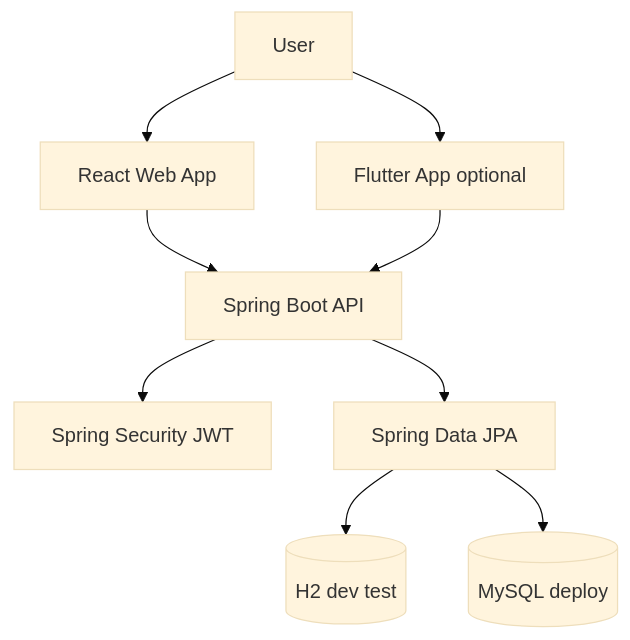
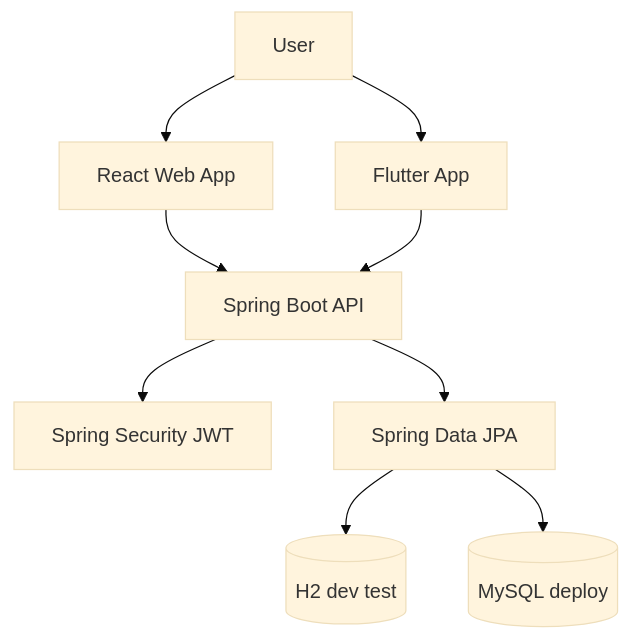
The diagram in docs/architecture.md (PaulUno777/cova-task-manager), drawn with Mermaid (base theme) before and after one commit. The commit also changed other lines of this file and 103 other files, not shown here.

First line of the commit message:
feat(mobile): add Flutter mobile client (Étape 3 bonus)

````diff
--- a/docs/architecture.md
+++ b/docs/architecture.md
@@ -39,20 +40,20 @@
 ```mermaid
 flowchart TB
   User[User]
   Web[React Web App]
-  Mobile[Flutter App optional]
+  Mobile[Flutter App]
   API[Spring Boot API]
   Sec[Spring Security JWT]
   JPA[Spring Data JPA]
   H2[(H2 dev test)]
   MySQL[(MySQL deploy)]
 
   User --> Web
   User --> Mobile
   Web --> API
   Mobile --> API
   API --> Sec
   API --> JPA
   JPA --> H2
   JPA --> MySQL
 ```
````
